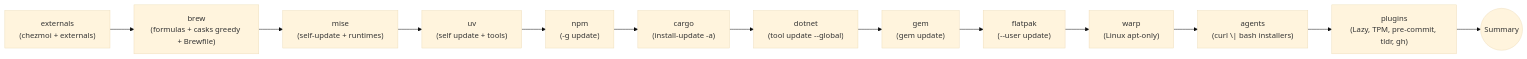
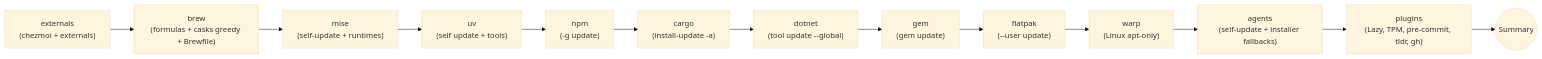
Before and after one commit to daviddwlee84/dotfiles: the diagram in docs/this_repo/upgrades.zh-TW.md, drawn with Mermaid (base theme). The commit also changed other lines of this file and 26 other files, not shown here.

````diff
--- a/docs/this_repo/upgrades.zh-TW.md
+++ b/docs/this_repo/upgrades.zh-TW.md
@@ -66,15 +66,15 @@
 ```mermaid
 flowchart LR
     externals["externals<br/>(chezmoi + externals)"] --> brew
     brew["brew<br/>(formulas + casks greedy + Brewfile)"] --> mise
     mise["mise<br/>(self-update + runtimes)"] --> uv
     uv["uv<br/>(self update + tools)"] --> npm
     npm["npm<br/>(-g update)"] --> cargo
     cargo["cargo<br/>(install-update -a)"] --> dotnet
     dotnet["dotnet<br/>(tool update --global)"] --> gem
     gem["gem<br/>(gem update)"] --> flatpak
     flatpak["flatpak<br/>(--user update)"] --> warp
     warp["warp<br/>(Linux apt-only)"] --> agents
-    agents["agents<br/>(curl \| bash installers)"] --> plugins
+    agents["agents<br/>(self-update + installer fallbacks)"] --> plugins
     plugins["plugins<br/>(Lazy, TPM, pre-commit, tldr, gh)"] --> summary((Summary))
 ```
````
